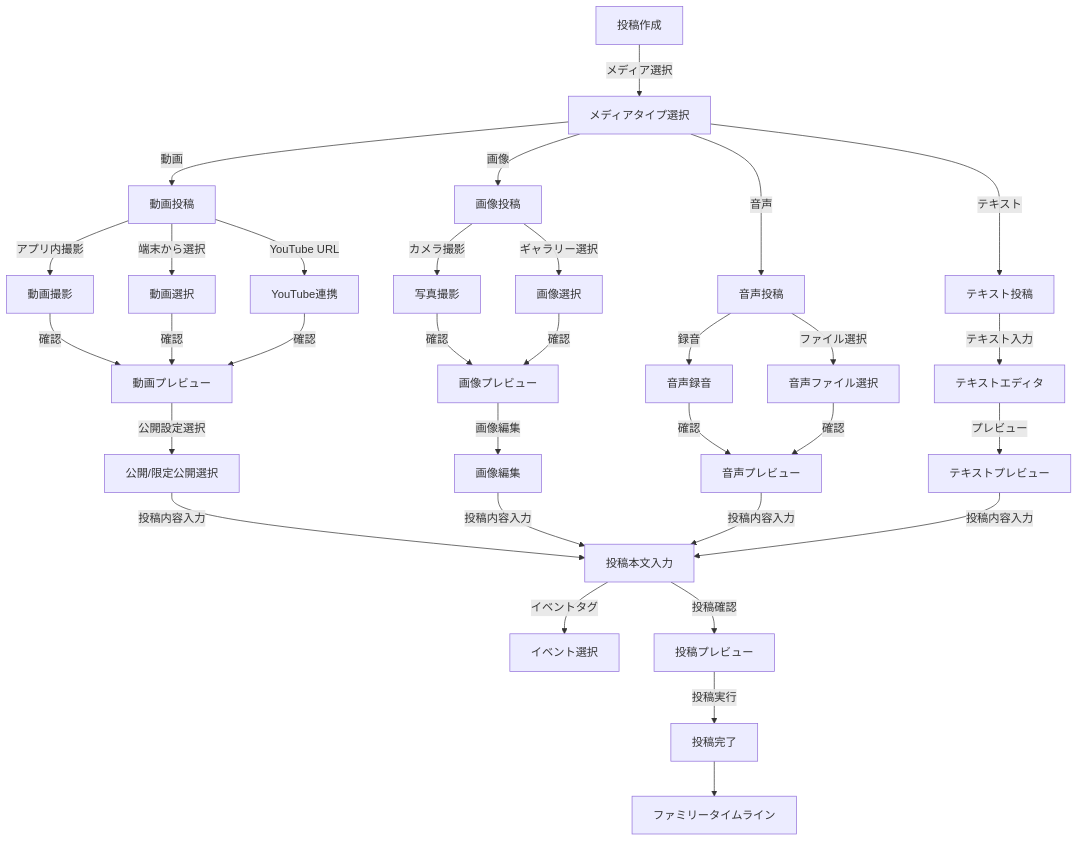
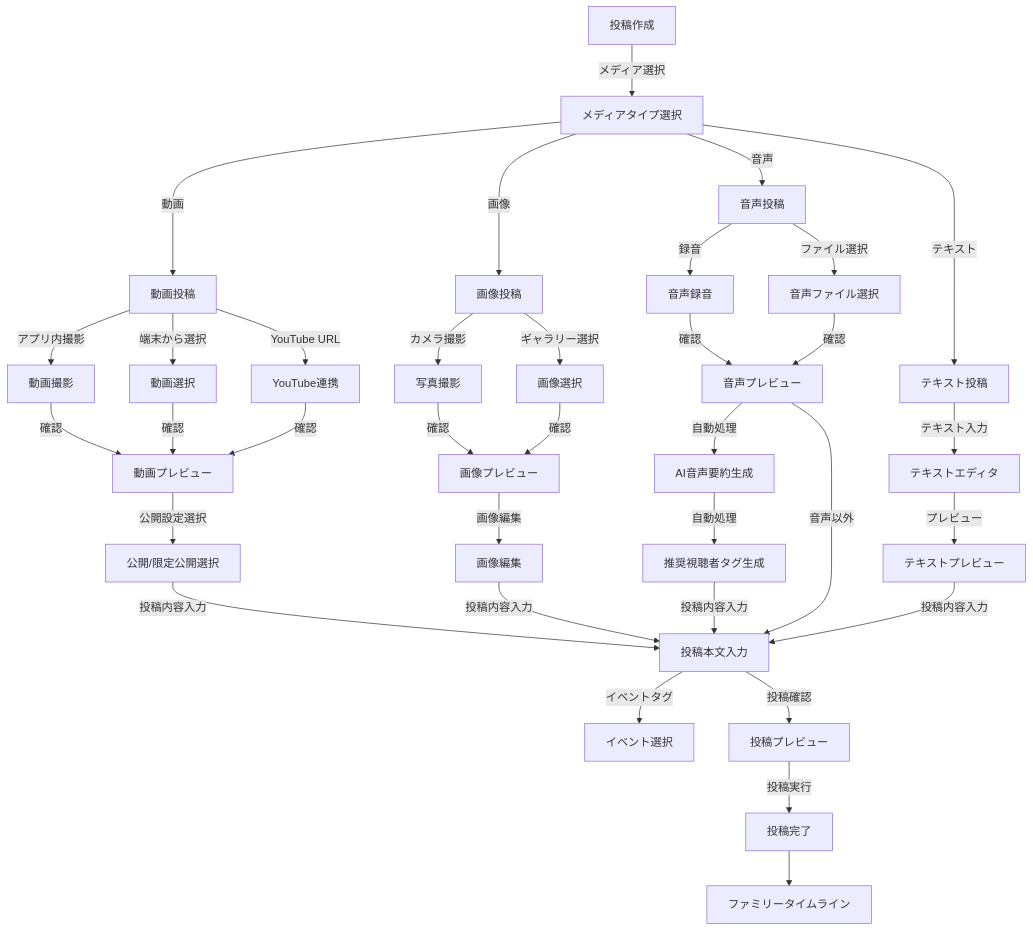
Before and after one commit to okap-goldman/kanushi: the fourth of 26 diagrams in doc/screen_flow.md, drawn with Mermaid. The commit also changed other lines of this file and 199 other files, not shown here.

````diff
--- a/doc/screen_flow.md
+++ b/doc/screen_flow.md
@@ -57,40 +440,43 @@
 ```mermaid
 graph TD
   C[投稿作成] -->|メディア選択| C1[メディアタイプ選択]
   C1 -->|動画| C2[動画投稿]
   C1 -->|画像| C3[画像投稿]
   C1 -->|音声| C4[音声投稿]
   C1 -->|テキスト| C5[テキスト投稿]
   
   C2 -->|アプリ内撮影| C21[動画撮影]
   C2 -->|端末から選択| C22[動画選択]
   C2 -->|YouTube URL| C23[YouTube連携]
   C21 -->|確認| C24[動画プレビュー]
   C22 -->|確認| C24
   C23 -->|確認| C24
   C24 -->|公開設定選択| C25[公開/限定公開選択]
   
   C3 -->|カメラ撮影| C31[写真撮影]
   C3 -->|ギャラリー選択| C32[画像選択]
   C31 -->|確認| C33[画像プレビュー]
   C32 -->|確認| C33
   C33 -->|画像編集| C34[画像編集]
   
   C4 -->|録音| C41[音声録音]
   C4 -->|ファイル選択| C42[音声ファイル選択]
   C41 -->|確認| C43[音声プレビュー]
   C42 -->|確認| C43
+  C43 -->|自動処理| C44[AI音声要約生成]
+  C44 -->|自動処理| C45[推奨視聴者タグ生成]
   
   C5 -->|テキスト入力| C51[テキストエディタ]
   C51 -->|プレビュー| C52[テキストプレビュー]
   
   C25 -->|投稿内容入力| C6[投稿本文入力]
   C34 -->|投稿内容入力| C6
-  C43 -->|投稿内容入力| C6
+  C45 -->|投稿内容入力| C6[投稿本文入力]
+  C43 -->|音声以外| C6
   C52 -->|投稿内容入力| C6
   
   C6 -->|イベントタグ| C7[イベント選択]
   C6 -->|投稿確認| C8[投稿プレビュー]
   C8 -->|投稿実行| C9[投稿完了]
   C9 --> B[ファミリータイムライン]
 ```
````
